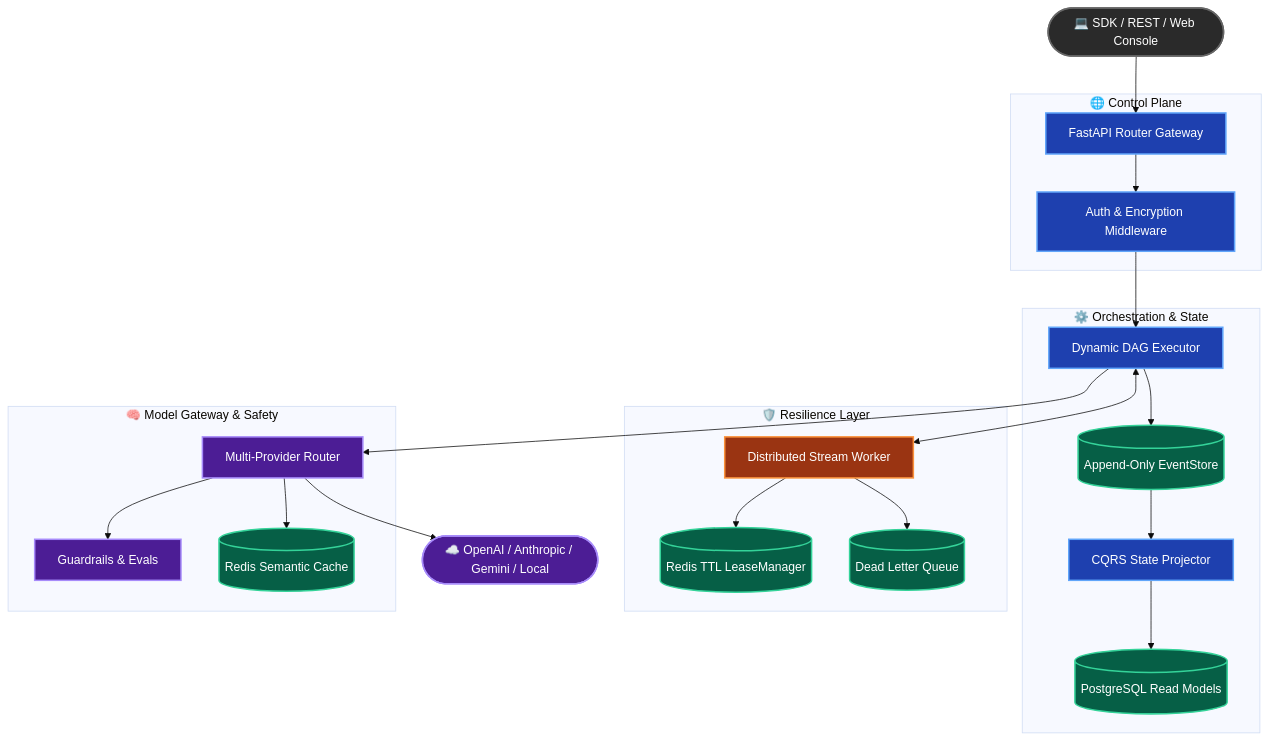
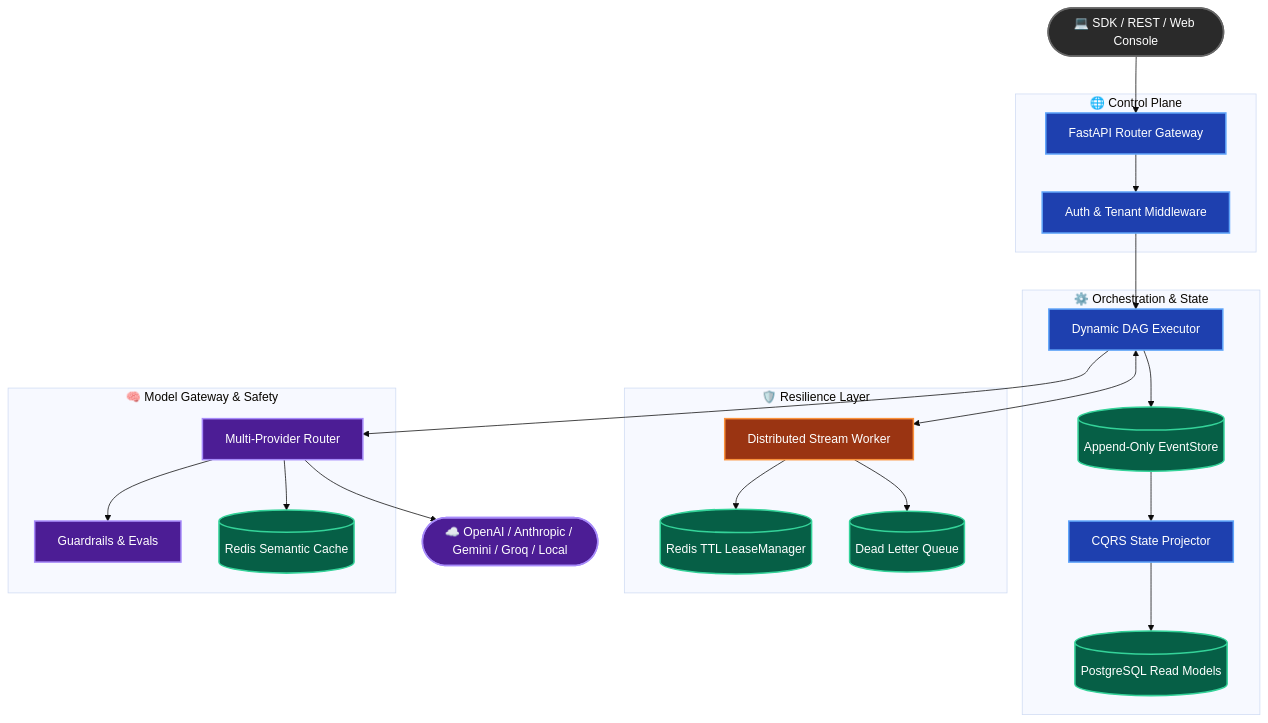
One commit to Akgithub2028/Vortex-V2 changed the diagram in README.md. Above: the diagram before and after it, drawn with Mermaid (base theme). The commit also changed other lines of this file, not shown here.

````diff
--- a/README.md
+++ b/README.md
@@ -35,55 +36,55 @@
 ```mermaid
 flowchart TD
     %% Define styles
     classDef client fill:#2a2a2a,stroke:#666,stroke-width:2px,color:#fff
     classDef core fill:#1e40af,stroke:#60a5fa,stroke-width:2px,color:#fff
     classDef store fill:#065f46,stroke:#34d399,stroke-width:2px,color:#fff
     classDef worker fill:#9a3412,stroke:#fb923c,stroke-width:2px,color:#fff
     classDef llm fill:#4c1d95,stroke:#a78bfa,stroke-width:2px,color:#fff
 
     Client(["💻 SDK / REST / Web Console"]):::client
 
     subgraph "🌐 Control Plane"
         API["FastAPI Router Gateway"]:::core
-        Auth["Auth & Encryption Middleware"]:::core
+        Auth["Auth & Tenant Middleware"]:::core
     end
 
     subgraph "⚙️ Orchestration & State"
         Engine["Dynamic DAG Executor"]:::core
         EventStore[("Append-Only EventStore")]:::store
         Projector["CQRS State Projector"]:::core
         ReadDB[("PostgreSQL Read Models")]:::store
     end
 
     subgraph "🛡️ Resilience Layer"
         Worker["Distributed Stream Worker"]:::worker
         Lease[("Redis TTL LeaseManager")]:::store
         DLQ[("Dead Letter Queue")]:::store
     end
 
     subgraph "🧠 Model Gateway & Safety"
         Gateway["Multi-Provider Router"]:::llm
         Guard["Guardrails & Evals"]:::llm
         Cache[("Redis Semantic Cache")]:::store
     end
 
-    Providers(["☁️ OpenAI / Anthropic / Gemini / Local"]):::llm
+    Providers(["☁️ OpenAI / Anthropic / Gemini / Groq / Local"]):::llm
 
     %% Connections
     Client --> API
     API --> Auth
     Auth --> Engine
 
     Engine --> EventStore
     EventStore --> Projector
     Projector --> ReadDB
 
     Engine <--> Worker
     Worker --> Lease
     Worker --> DLQ
 
     Engine --> Gateway
     Gateway --> Guard
     Gateway --> Cache
     Gateway --> Providers
 ```
````
